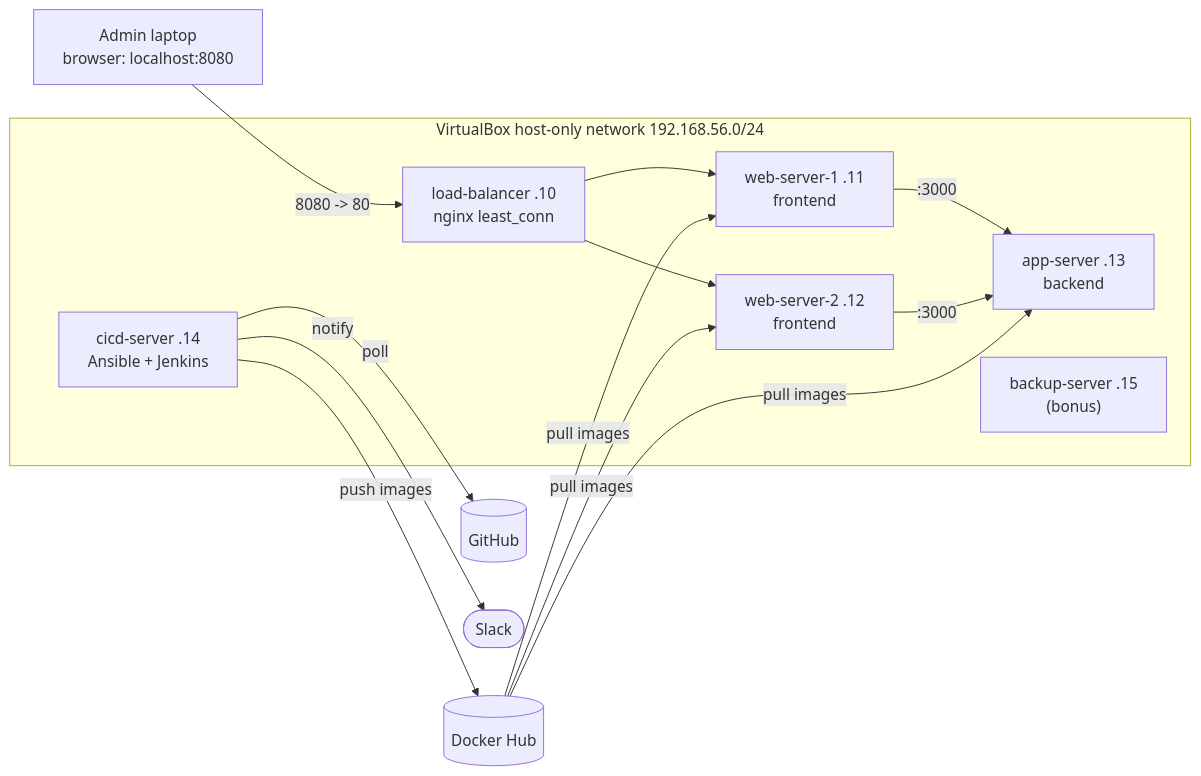
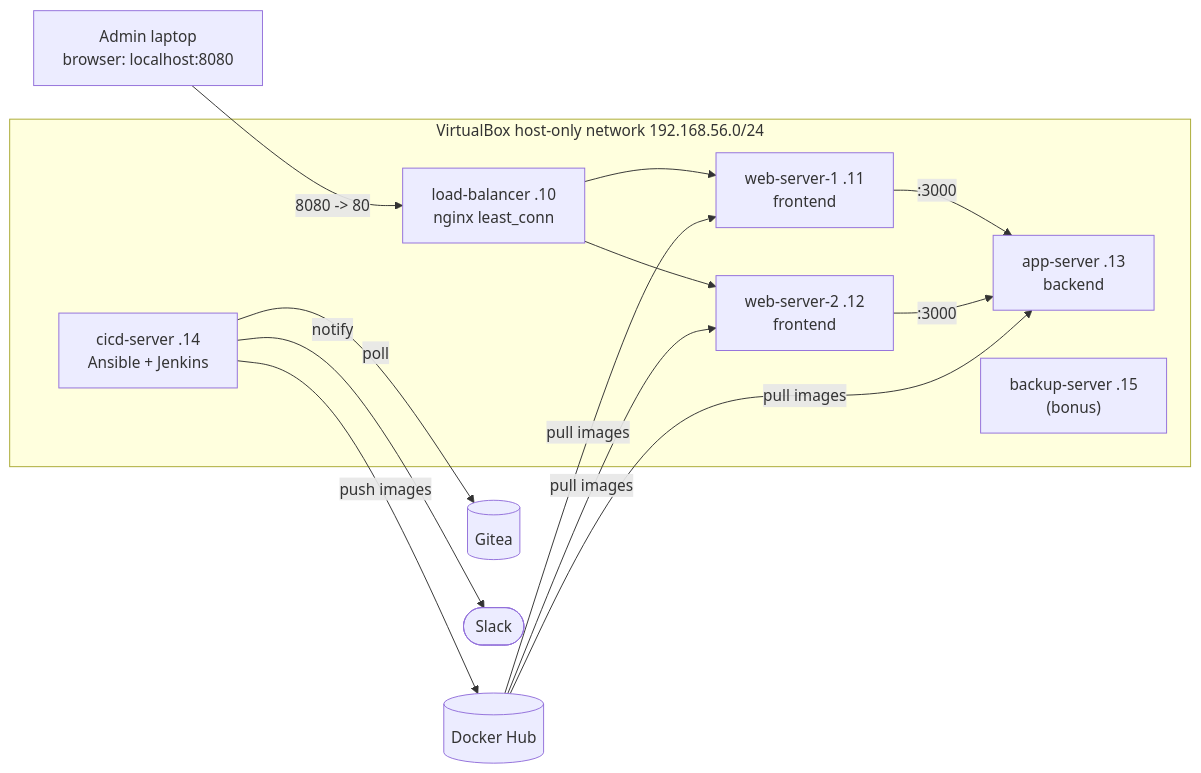
Before and after one commit to khan1402/automation-alchemy: the first of 5 diagrams in docs/architecture_project-3.md, drawn with Mermaid. The commit also changed other lines of this file and 5 other files, not shown here.

Commit message:
Docs: Jenkins watches Gitea every minute; GitHub mirror for Actions

````diff
--- a/docs/architecture_project-3.md
+++ b/docs/architecture_project-3.md
@@ -7,25 +7,25 @@
 ```mermaid
 flowchart LR
     browser["Admin laptop<br/>browser: localhost:8080"]
 
     subgraph net["VirtualBox host-only network 192.168.56.0/24"]
         lb["load-balancer .10<br/>nginx least_conn"]
         w1["web-server-1 .11<br/>frontend"]
         w2["web-server-2 .12<br/>frontend"]
         app["app-server .13<br/>backend"]
         cicd["cicd-server .14<br/>Ansible + Jenkins"]
         bk["backup-server .15<br/>(bonus)"]
     end
 
     hub[("Docker Hub")]
-    gh[("GitHub")]
+    gh[("Gitea")]
     slack(["Slack"])
 
     browser -- "8080 -> 80" --> lb
     lb --> w1 & w2
     w1 & w2 -- ":3000" --> app
     cicd -- "poll" --> gh
     cicd -- "push images" --> hub
     hub -- "pull images" --> w1 & w2 & app
     cicd -- "notify" --> slack
 ```
````
